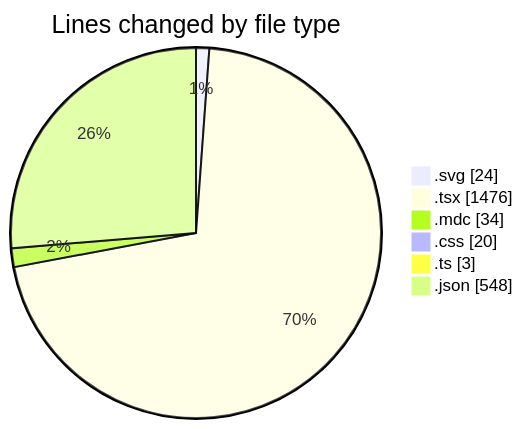
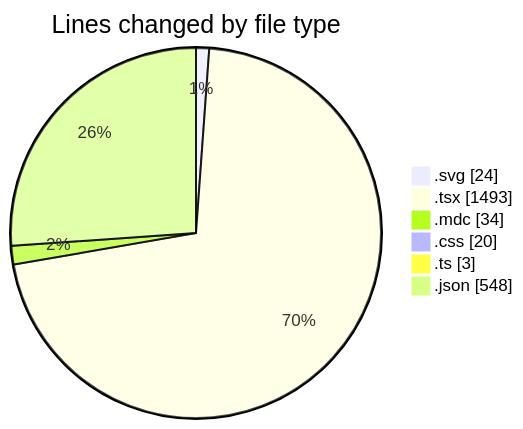
The first of 2 diagrams in 2025-07-18/ribbon/README.md (EIIisD/code-tracking), drawn with Mermaid before and after one commit. The commit also changed other lines of this file and 1 other file, not shown here.

````diff
--- a/2025-07-18/ribbon/README.md
+++ b/2025-07-18/ribbon/README.md
@@ -27,10 +27,10 @@
 ```mermaid
 pie showData
 title Lines changed by file type
 ".svg" : 24
-".tsx" : 1476
+".tsx" : 1493
 ".mdc" : 34
 ".css" : 20
 ".ts" : 3
 ".json" : 548
 ```
````
